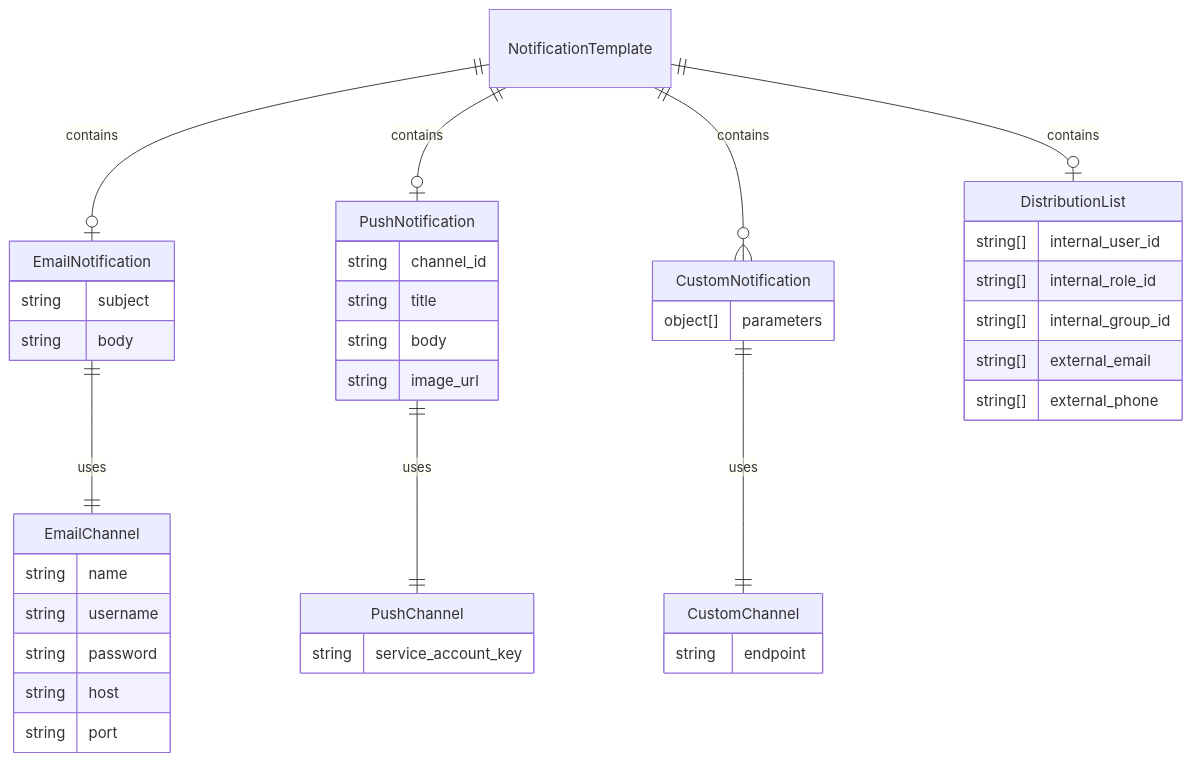
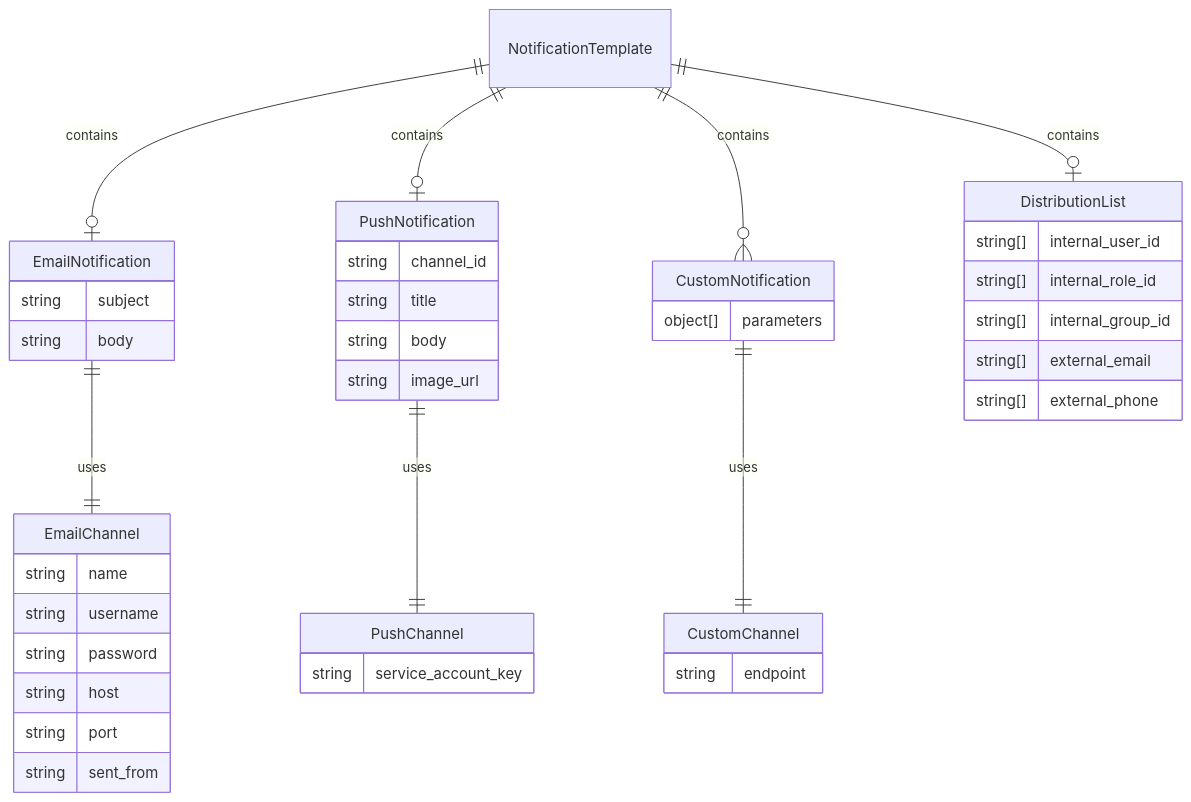
One commit to mssfoobar/docs changed the diagram in docs/40_modules/80_unh/Developer Guide/2_entity relationship.md. Above: the diagram before and after it, drawn with Mermaid. The commit also changed 74 other files, not shown here.

````diff
--- a/docs/40_modules/80_unh/Developer Guide/2_entity relationship.md
+++ b/docs/40_modules/80_unh/Developer Guide/2_entity relationship.md
@@ -7,51 +7,52 @@
 ```mermaid
 erDiagram
     NotificationTemplate ||--o| EmailNotification : contains
     NotificationTemplate ||--o| PushNotification : contains
     NotificationTemplate ||--o{ CustomNotification : contains
     NotificationTemplate ||--o| DistributionList : contains
     
     EmailNotification ||--|| EmailChannel : uses
     PushNotification ||--|| PushChannel : uses
     CustomNotification ||--|| CustomChannel : uses
     
     EmailNotification {
         string subject
         string body
     }
     
     EmailChannel {
         string name
         string username
         string password
         string host
         string port
+        string sent_from
     }
     
     PushNotification {
         string channel_id
         string title
         string body
         string image_url
     }
     
     PushChannel {
         string service_account_key
     }
 
     CustomNotification {
         object[] parameters
     }
     
     CustomChannel {
         string endpoint
     }
     
     DistributionList {
         string[] internal_user_id
         string[] internal_role_id
         string[] internal_group_id
         string[] external_email
         string[] external_phone
     }
 ```
````
